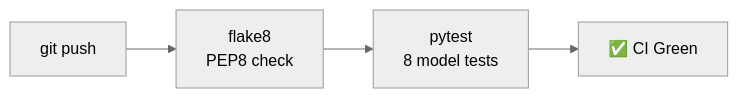
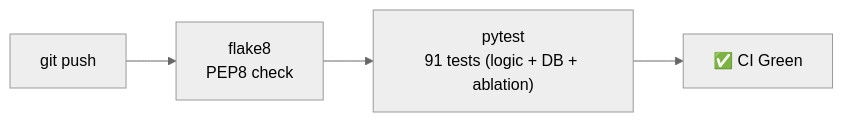
The fourth of 4 diagrams in SYSTEM_DESIGN.md (Anbu-00001/Sentinel-AIOps), drawn with Mermaid (neutral theme) before and after one commit. The commit also changed other lines of this file and 3 other files, not shown here.

````diff
--- a/SYSTEM_DESIGN.md
+++ b/SYSTEM_DESIGN.md
@@ -155,6 +155,6 @@
 ```mermaid
 flowchart LR
     PUSH["git push"] --> LINT["flake8\nPEP8 check"]
-    LINT --> TEST["pytest\n8 model tests"]
+    LINT --> TEST["pytest\n91 tests (logic + DB + ablation)"]
     TEST --> PASS["✅ CI Green"]
 ```
````
